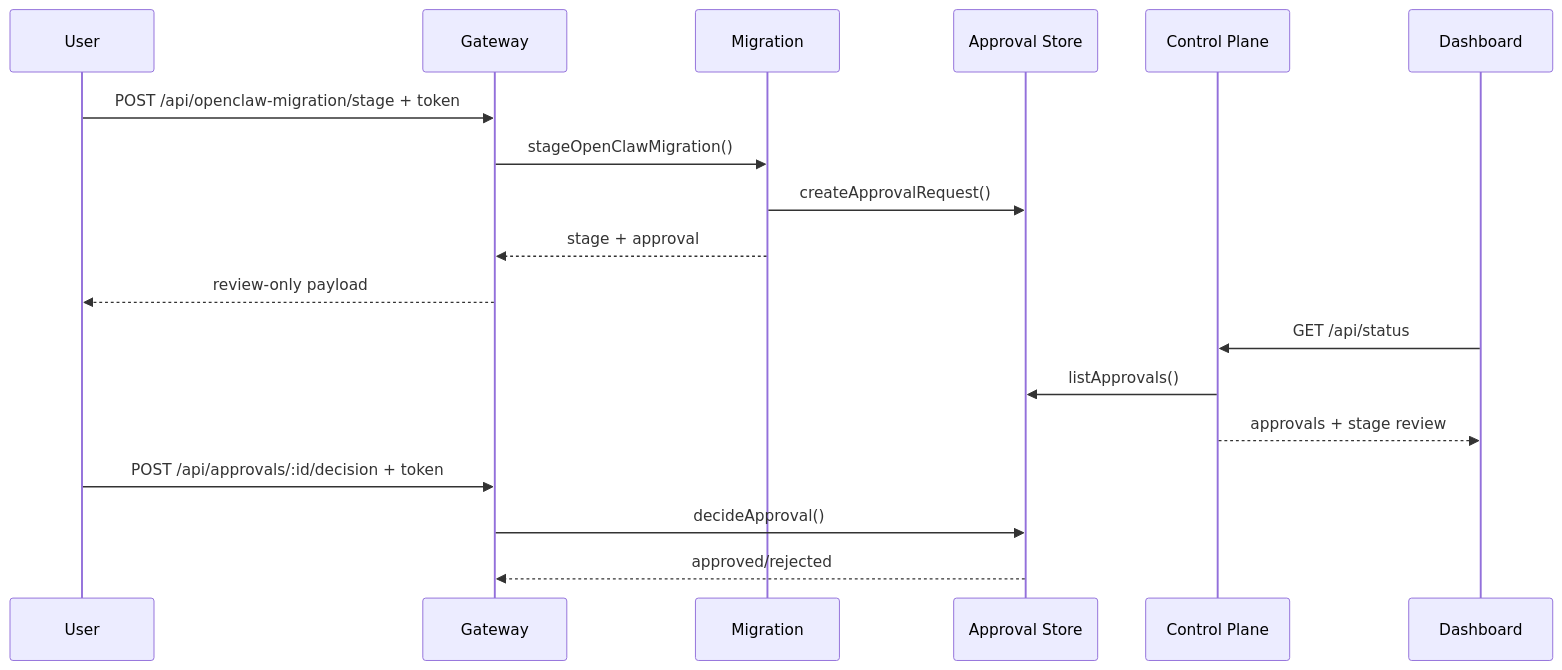
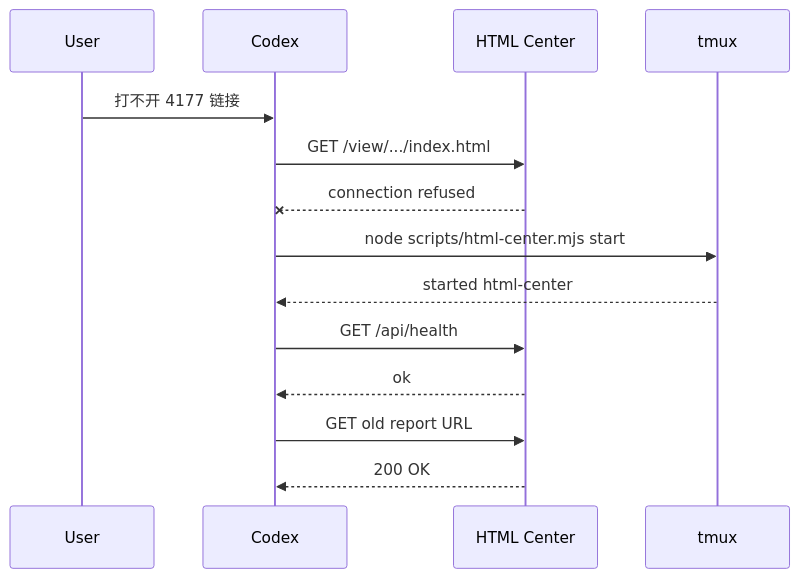
The fifth of 9 diagrams in docs/implementation-architecture.md (mayf3/myclaw), drawn with Mermaid before and after one commit. The commit also changed other lines of this file and 37 other files, not shown here.

````diff
--- a/docs/implementation-architecture.md
+++ b/docs/implementation-architecture.md
@@ -147,21 +126,17 @@
 ```mermaid
 sequenceDiagram
   participant U as User
-  participant G as Gateway
-  participant M as Migration
-  participant A as Approval Store
-  participant C as Control Plane
-  participant D as Dashboard
+  participant C as Codex
+  participant H as HTML Center
+  participant T as tmux
 
-  U->>G: POST /api/openclaw-migration/stage + token
-  G->>M: stageOpenClawMigration()
-  M->>A: createApprovalRequest()
-  M-->>G: stage + approval
-  G-->>U: review-only payload
-  D->>C: GET /api/status
-  C->>A: listApprovals()
-  C-->>D: approvals + stage review
-  U->>G: POST /api/approvals/:id/decision + token
-  G->>A: decideApproval()
-  A-->>G: approved/rejected
+  U->>C: 打不开 4177 链接
+  C->>H: GET /view/.../index.html
+  H--xC: connection refused
+  C->>T: node scripts/html-center.mjs start
+  T-->>C: started html-center
+  C->>H: GET /api/health
+  H-->>C: ok
+  C->>H: GET old report URL
+  H-->>C: 200 OK
 ```
````
